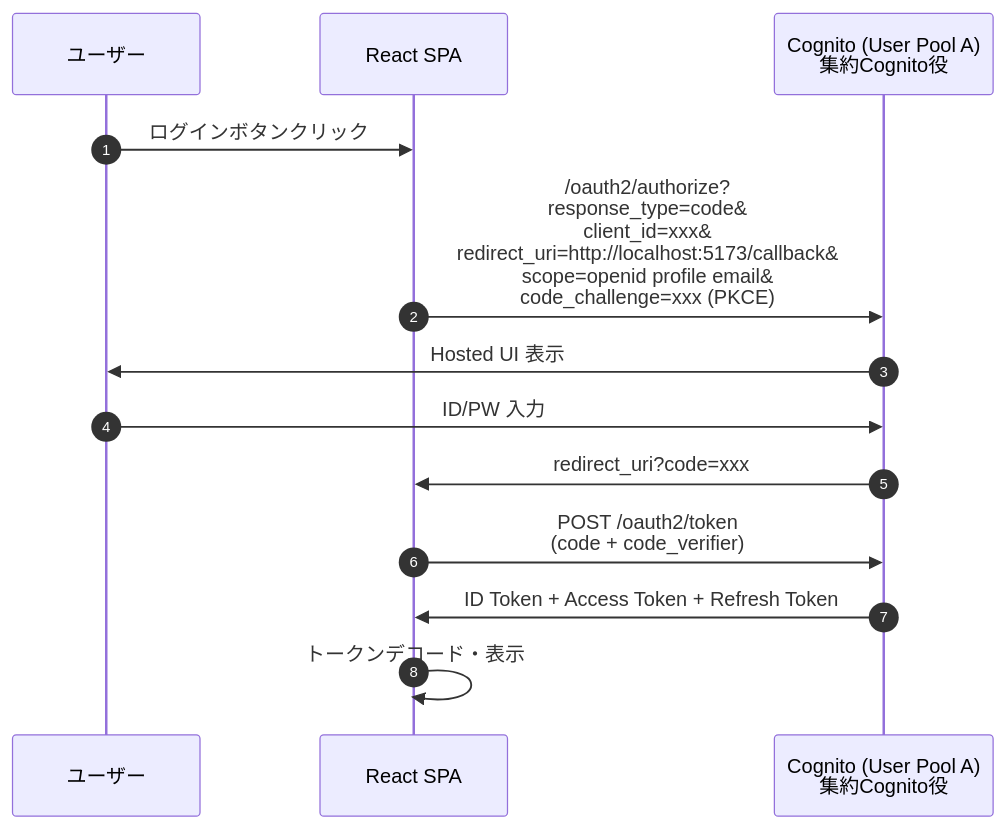
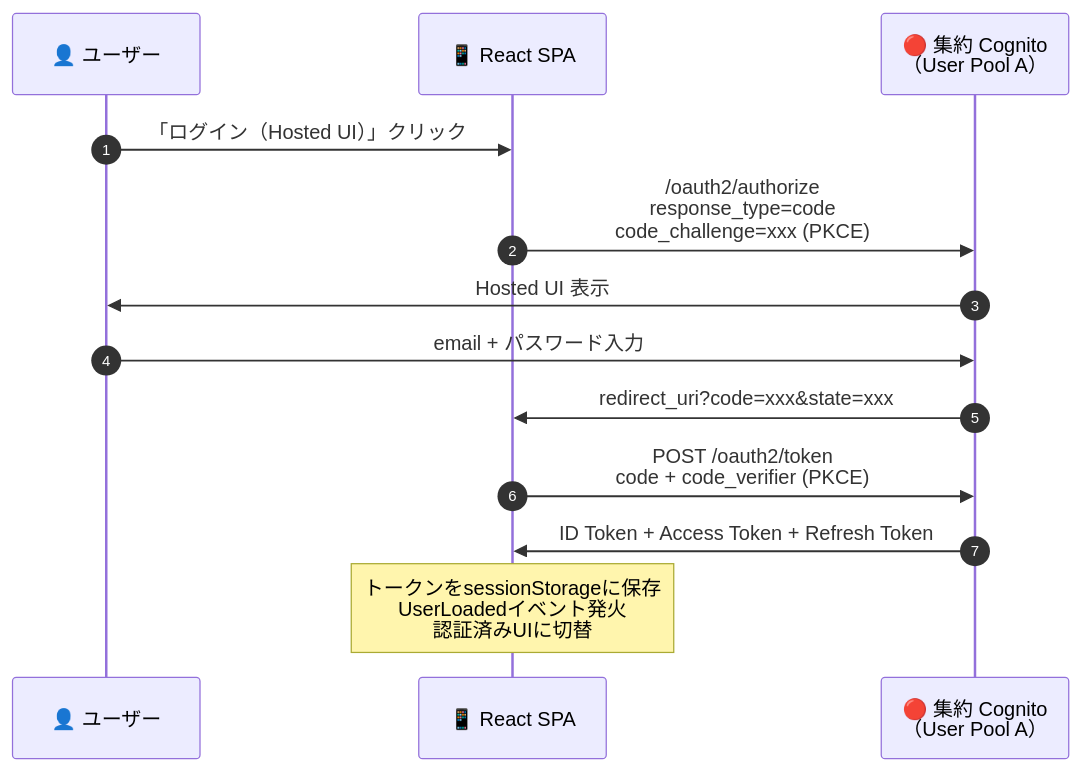
One commit to suepie/aws-atuh-poc changed the first of 7 diagrams in doc/design/auth-flow.md. Above: the diagram before and after it, drawn with Mermaid. The commit also changed other lines of this file and 20 other files, not shown here.

````diff
--- a/doc/design/auth-flow.md
+++ b/doc/design/auth-flow.md
@@ -10,16 +22,17 @@
 ```mermaid
 sequenceDiagram
     autonumber
-    participant User as ユーザー
-    participant SPA as React SPA
-    participant Cognito as Cognito (User Pool A)<br/>集約Cognito役
+    participant User as 👤 ユーザー
+    participant SPA as 📱 React SPA
+    participant Cognito as 🔴 集約 Cognito<br/>（User Pool A）
 
-    User->>SPA: ログインボタンクリック
-    SPA->>Cognito: /oauth2/authorize?<br/>response_type=code&<br/>client_id=xxx&<br/>redirect_uri=http://localhost:5173/callback&<br/>scope=openid profile email&<br/>code_challenge=xxx (PKCE)
+    User->>SPA: 「ログイン（Hosted UI）」クリック
+    SPA->>Cognito: /oauth2/authorize<br/>response_type=code<br/>code_challenge=xxx (PKCE)
     Cognito->>User: Hosted UI 表示
-    User->>Cognito: ID/PW 入力
-    Cognito->>SPA: redirect_uri?code=xxx
-    SPA->>Cognito: POST /oauth2/token<br/>(code + code_verifier)
+    User->>Cognito: email + パスワード入力
+    Cognito->>SPA: redirect_uri?code=xxx&state=xxx
+    SPA->>Cognito: POST /oauth2/token<br/>code + code_verifier (PKCE)
     Cognito->>SPA: ID Token + Access Token + Refresh Token
-    SPA->>SPA: トークンデコード・表示
+
+    Note over SPA: トークンをsessionStorageに保存<br/>UserLoadedイベント発火<br/>認証済みUIに切替
 ```
````
